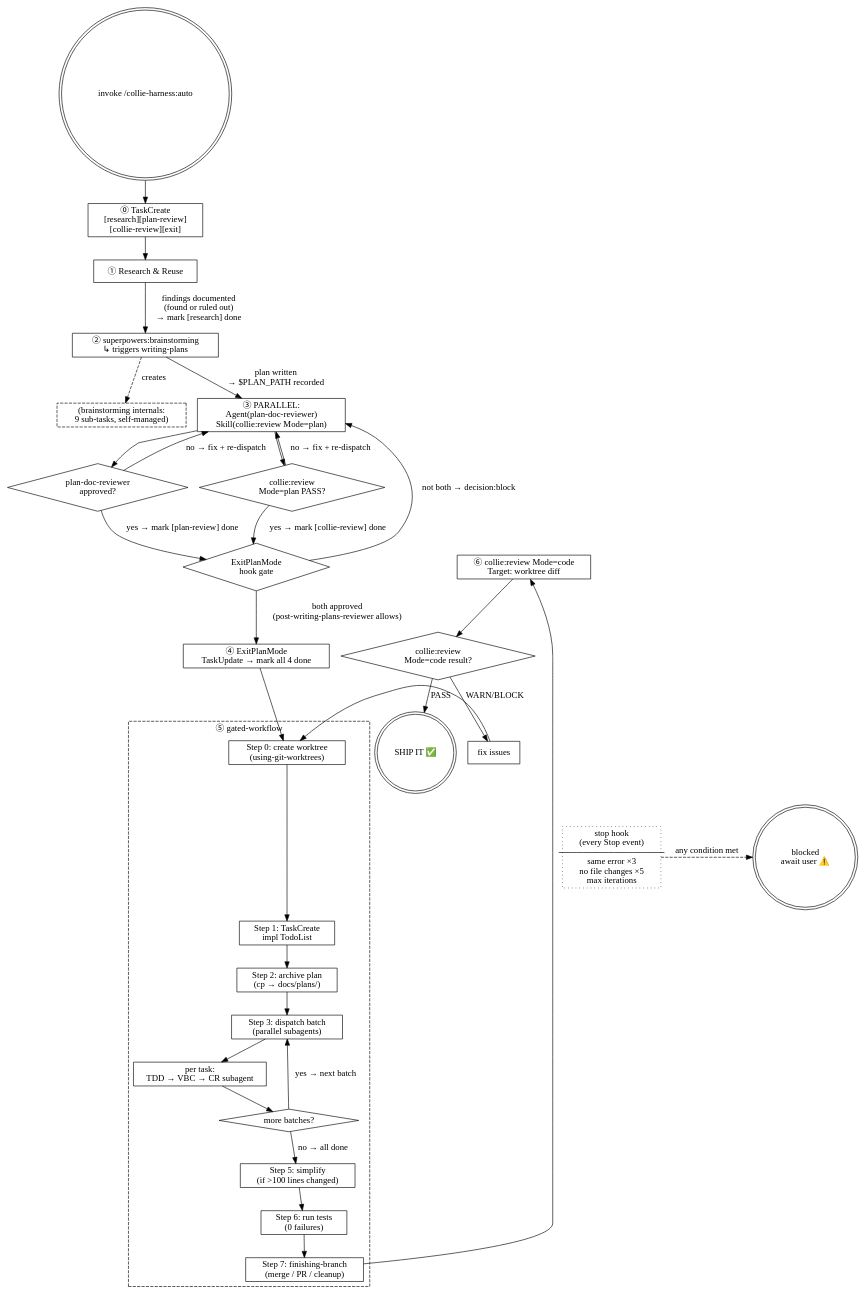
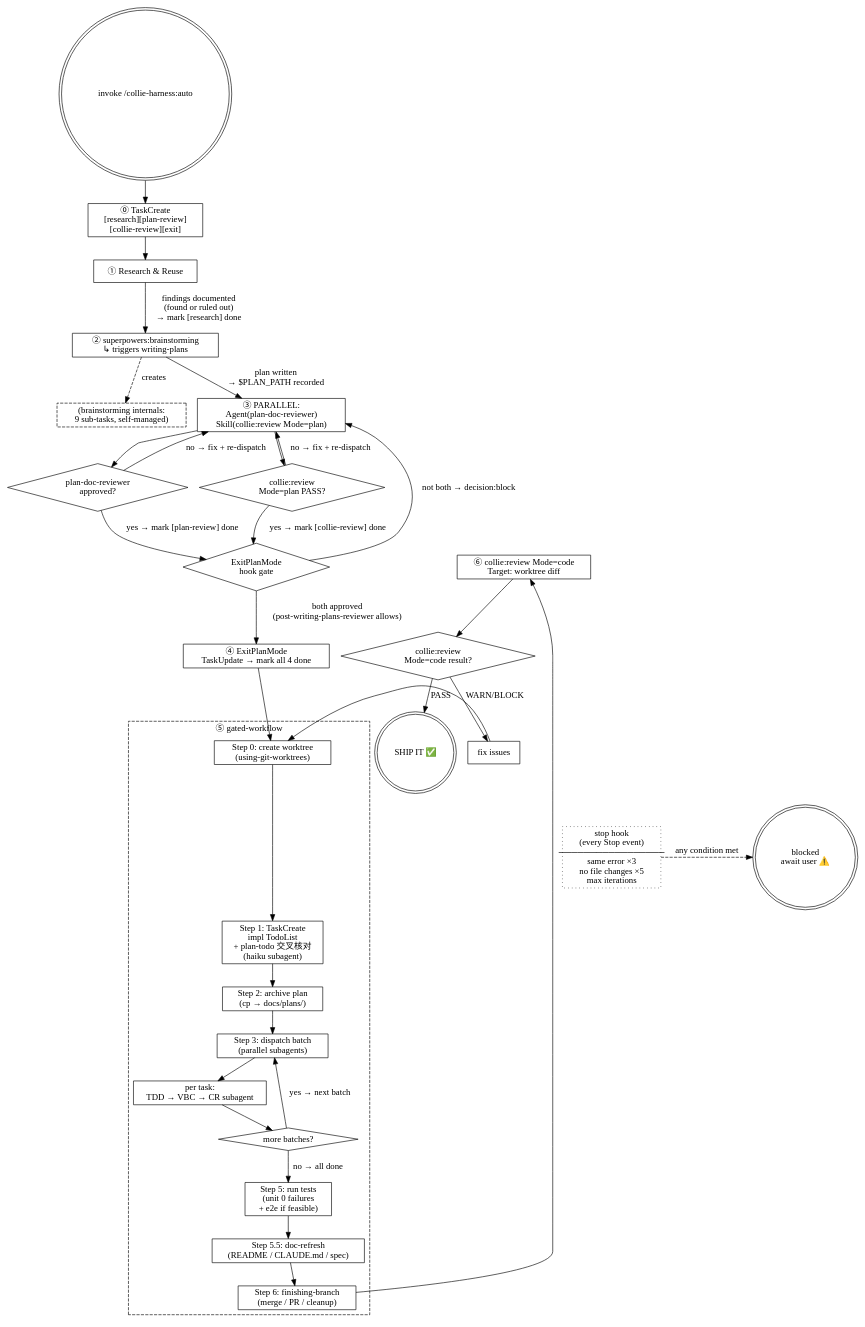
The diagram in docs/auto-state-machine-detailed.md (lkv1988/collie-harness), drawn with Graphviz before and after one commit.

Commit message:
docs: 更新状态机图反映 gated-workflow 新步骤
GW1 加入 plan-todo 交叉核对（haiku subagent）。
Step 5 反映条件性 e2e 测试。新增 Step 5.5 doc-refresh 节点。
修正 GW5 错误标签（原为不存在的 simplify 步骤）。

Refs: docs/plans/2026-04-16-e2e-workflow-integration-plan.md

```diff
--- a/docs/auto-state-machine-detailed.md
+++ b/docs/auto-state-machine-detailed.md
@@ -81,19 +81,19 @@
         style=dashed;
 
         GW_START [shape=box, label="Step 0: create worktree\n(using-git-worktrees)"];
-        GW1      [shape=box, label="Step 1: TaskCreate\nimpl TodoList"];
+        GW1      [shape=box, label="Step 1: TaskCreate\nimpl TodoList\n+ plan-todo 交叉核对\n(haiku subagent)"];
         GW2      [shape=box, label="Step 2: archive plan\n(cp → docs/plans/)"];
         GW3      [shape=box, label="Step 3: dispatch batch\n(parallel subagents)"];
         GW4      [shape=box, label="per task:\nTDD → VBC → CR subagent"];
         GW_MORE  [shape=diamond, label="more batches?"];
-        GW5      [shape=box, label="Step 5: simplify\n(if >100 lines changed)"];
-        GW6      [shape=box, label="Step 6: run tests\n(0 failures)"];
-        GW7      [shape=box, label="Step 7: finishing-branch\n(merge / PR / cleanup)"];
+        GW5      [shape=box, label="Step 5: run tests\n(unit 0 failures\n+ e2e if feasible)"];
+        GW55     [shape=box, label="Step 5.5: doc-refresh\n(README / CLAUDE.md / spec)"];
+        GW7      [shape=box, label="Step 6: finishing-branch\n(merge / PR / cleanup)"];
 
         GW_START -> GW1 -> GW2 -> GW3 -> GW4 -> GW_MORE;
         GW_MORE  -> GW3  [label="yes → next batch"];
         GW_MORE  -> GW5  [label="no → all done"];
-        GW5 -> GW6 -> GW7;
+        GW5 -> GW55 -> GW7;
     }
 
     GW7 -> "⑥ collie:review Mode=code\nTarget: worktree diff";
```
